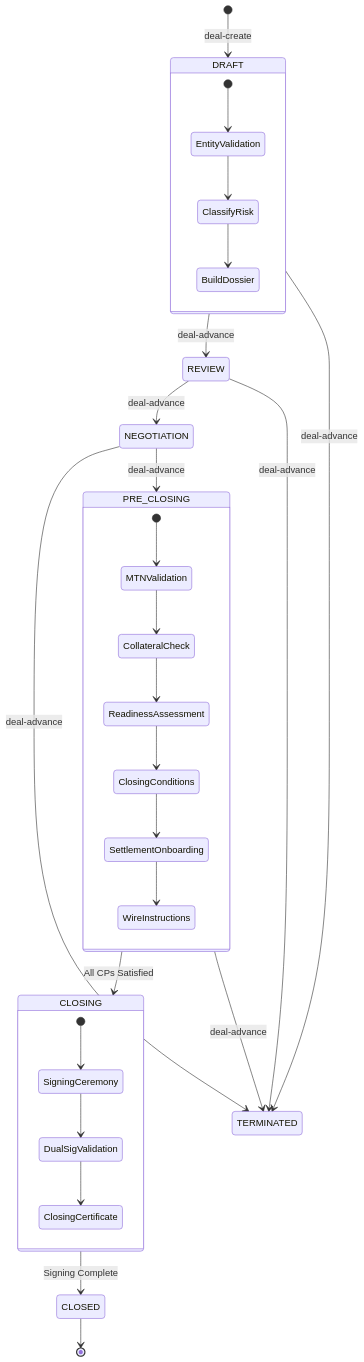
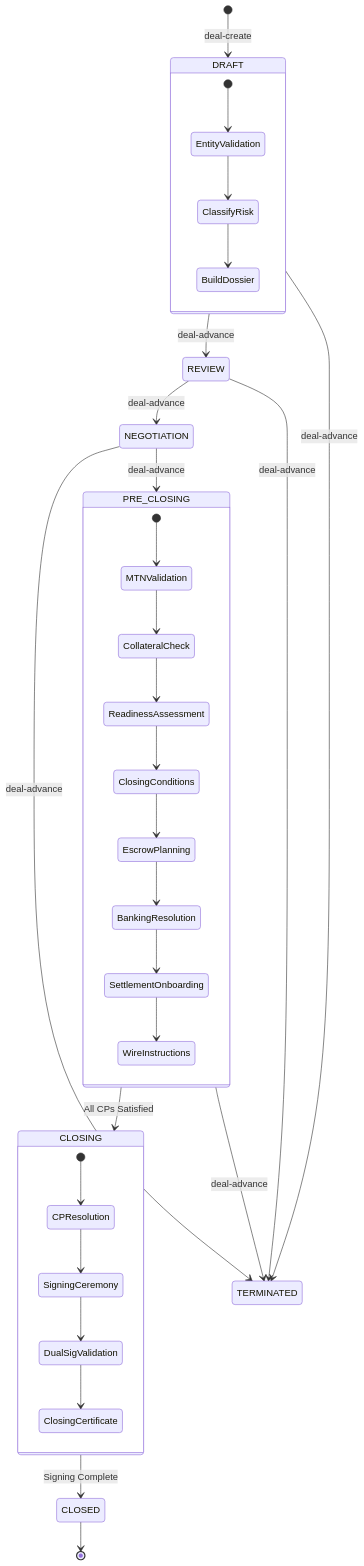
Before and after one commit to unykornai/optkas-bank-vi: the ninth of 10 diagrams in README.md, drawn with Mermaid. The commit also changed other lines of this file, not shown here.

````diff
--- a/README.md
+++ b/README.md
@@ -572,36 +761,39 @@
 ```mermaid
 stateDiagram-v2
     [*] --> DRAFT: deal-create
     DRAFT --> REVIEW: deal-advance
     REVIEW --> NEGOTIATION: deal-advance
     NEGOTIATION --> PRE_CLOSING: deal-advance
     PRE_CLOSING --> CLOSING: All CPs Satisfied
     CLOSING --> CLOSED: Signing Complete
     CLOSED --> [*]
 
     DRAFT --> TERMINATED: deal-advance
     REVIEW --> TERMINATED: deal-advance
     NEGOTIATION --> TERMINATED: deal-advance
     PRE_CLOSING --> TERMINATED: deal-advance
 
     state DRAFT {
         [*] --> EntityValidation
         EntityValidation --> ClassifyRisk
         ClassifyRisk --> BuildDossier
     }
 
     state PRE_CLOSING {
         [*] --> MTNValidation
         MTNValidation --> CollateralCheck
         CollateralCheck --> ReadinessAssessment
         ReadinessAssessment --> ClosingConditions
-        ClosingConditions --> SettlementOnboarding
+        ClosingConditions --> EscrowPlanning
+        EscrowPlanning --> BankingResolution
+        BankingResolution --> SettlementOnboarding
         SettlementOnboarding --> WireInstructions
     }
 
     state CLOSING {
-        [*] --> SigningCeremony
+        [*] --> CPResolution
+        CPResolution --> SigningCeremony
         SigningCeremony --> DualSigValidation
         DualSigValidation --> ClosingCertificate
     }
 ```
````
